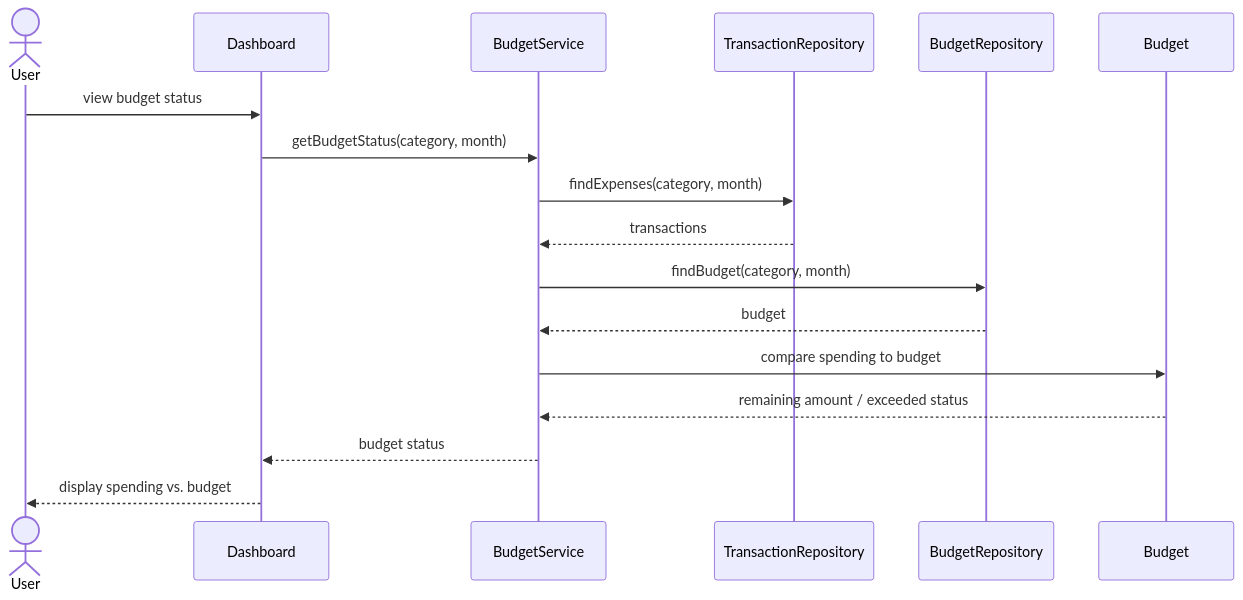
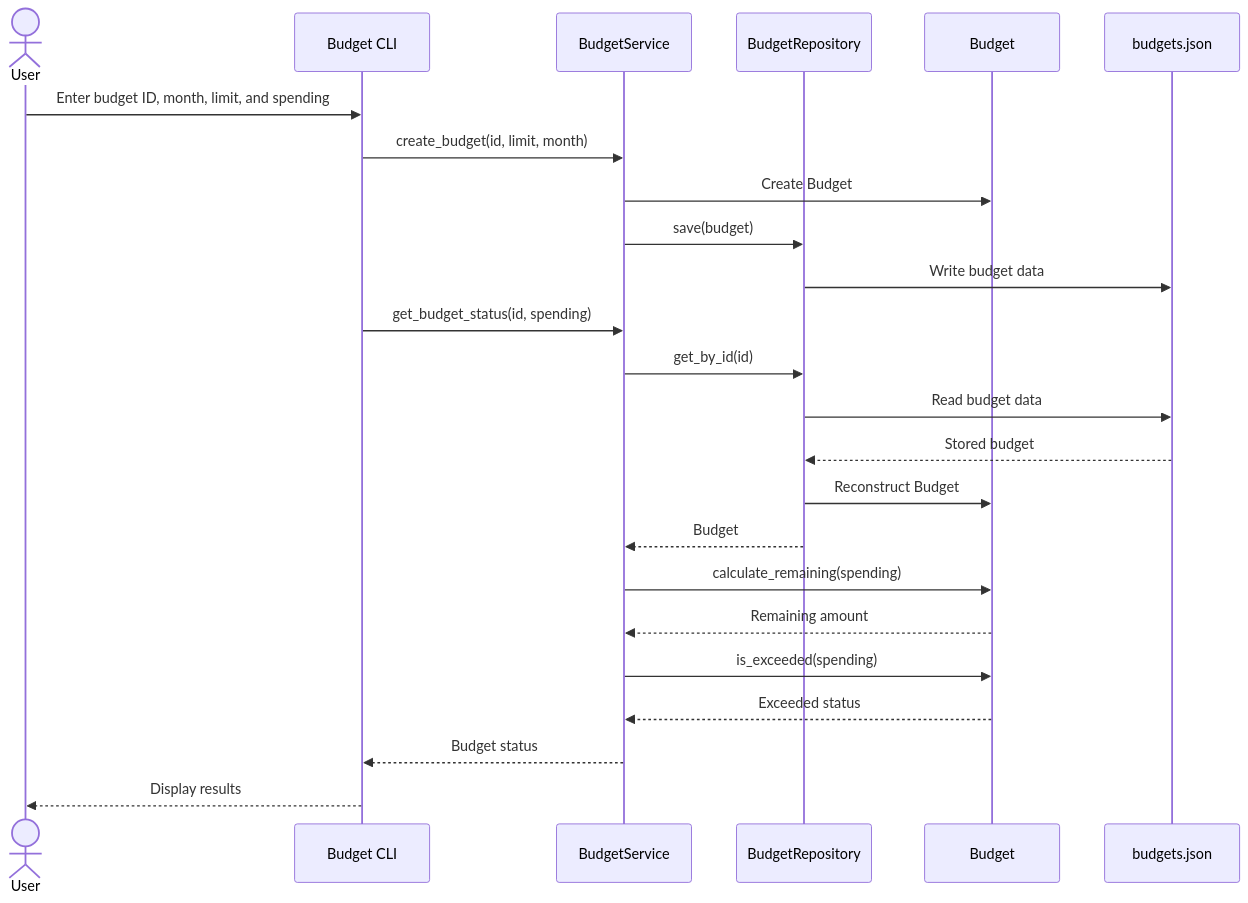
One commit to Jesse-Trueba/cen5064-project-trueba changed the fourth of 4 diagrams in README.md. Above: the diagram before and after it, drawn with Mermaid. The commit also changed other lines of this file, not shown here.

First line of the commit message:
Revise README for budget management system updates

````diff
--- a/README.md
+++ b/README.md
@@ -121,20 +130,30 @@
 ```mermaid
 sequenceDiagram
     actor U as User
-    participant UI as Dashboard
+    participant UI as Budget CLI
     participant S as BudgetService
-    participant TR as TransactionRepository
-    participant BR as BudgetRepository
+    participant R as BudgetRepository
     participant B as Budget
+    participant J as budgets.json
 
-    U->>UI: view budget status
-    UI->>S: getBudgetStatus(category, month)
-    S->>TR: findExpenses(category, month)
-    TR-->>S: transactions
-    S->>BR: findBudget(category, month)
-    BR-->>S: budget
-    S->>B: compare spending to budget
-    B-->>S: remaining amount / exceeded status
-    S-->>UI: budget status
-    UI-->>U: display spending vs. budget
+    U->>UI: Enter budget ID, month, limit, and spending
+    UI->>S: create_budget(id, limit, month)
+    S->>B: Create Budget
+    S->>R: save(budget)
+    R->>J: Write budget data
+
+    UI->>S: get_budget_status(id, spending)
+    S->>R: get_by_id(id)
+    R->>J: Read budget data
+    J-->>R: Stored budget
+    R->>B: Reconstruct Budget
+    R-->>S: Budget
+
+    S->>B: calculate_remaining(spending)
+    B-->>S: Remaining amount
+    S->>B: is_exceeded(spending)
+    B-->>S: Exceeded status
+
+    S-->>UI: Budget status
+    UI-->>U: Display results
 ```
````
